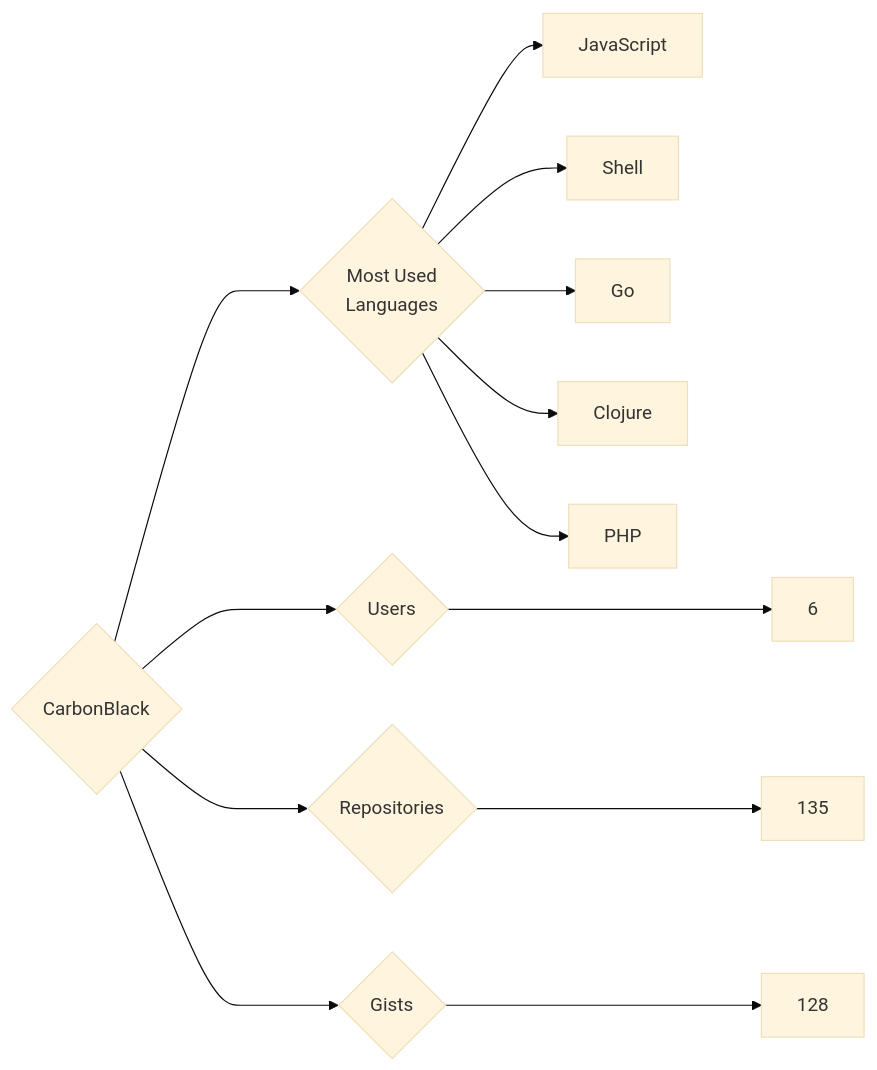
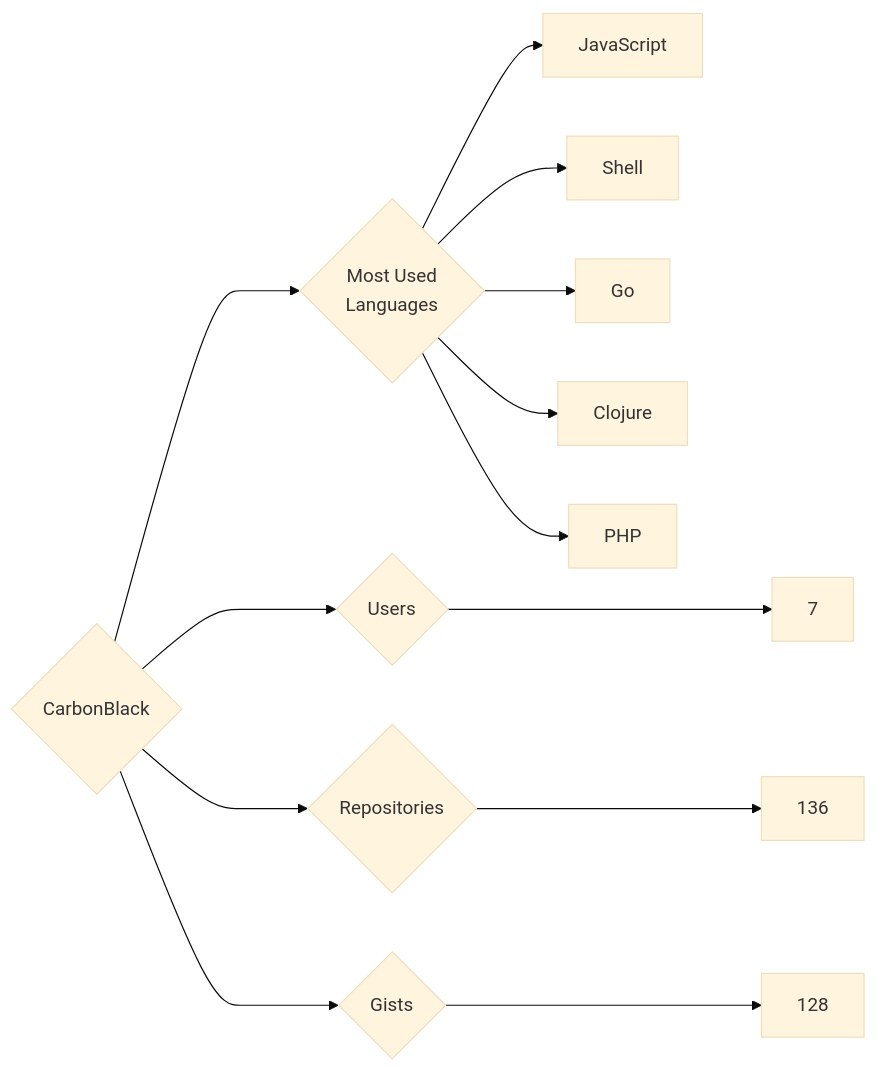
Before and after one commit to trickest/insiders: the diagram in targets/CarbonBlack/README.md, drawn with Mermaid (base theme). The commit also changed 1055 other files, not shown here.

````diff
--- a/targets/CarbonBlack/README.md
+++ b/targets/CarbonBlack/README.md
@@ -3,13 +3,13 @@
 ```mermaid
 graph LR
 COMPANY_NAME{CarbonBlack}
-COMPANY_NAME ---> U{Users} ---> UN[6]
-COMPANY_NAME ---> R{Repositories} ---> RN[135]
+COMPANY_NAME ---> U{Users} ---> UN[7]
+COMPANY_NAME ---> R{Repositories} ---> RN[136]
 COMPANY_NAME ---> G{Gists} ---> GN[128]
 COMPANY_NAME ---> ML{Most Used<br>Languages}
 ML --> JavaScript[JavaScript]
 ML --> Shell[Shell]
 ML --> Go[Go]
 ML --> Clojure[Clojure]
 ML --> PHP[PHP]
 ```
````
